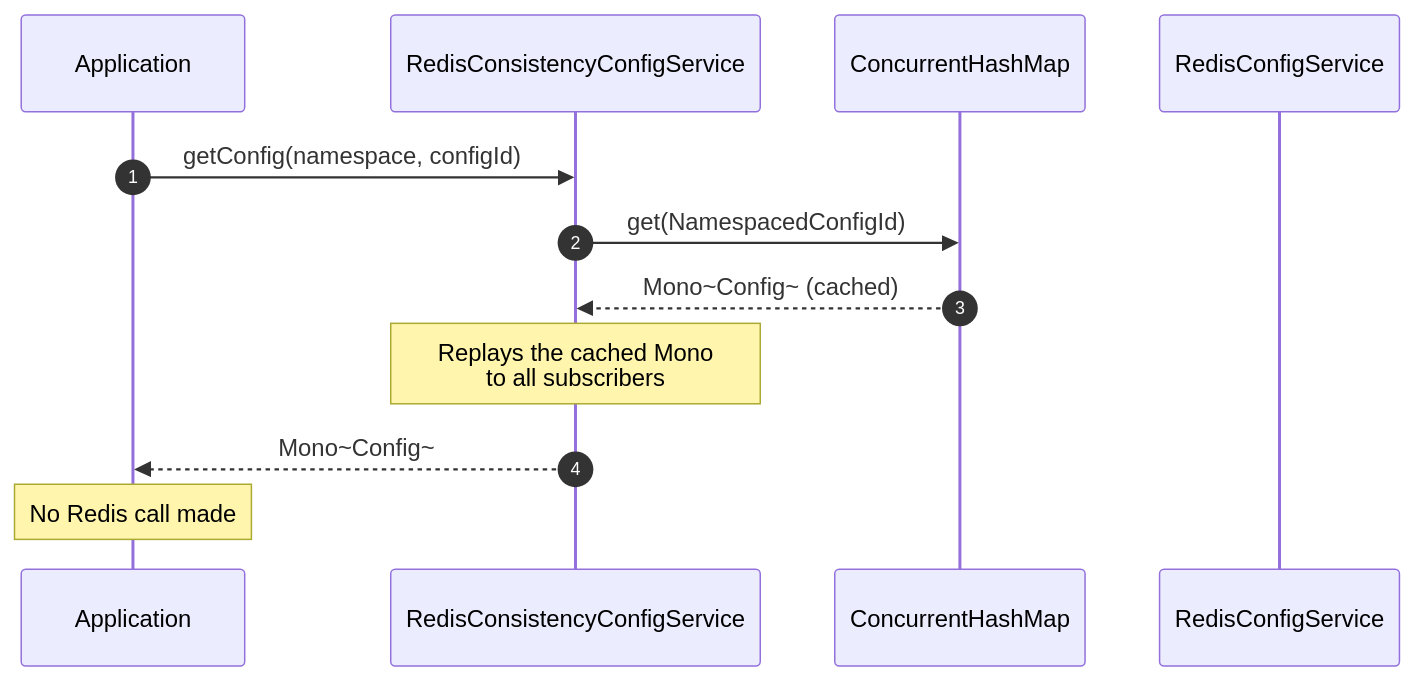
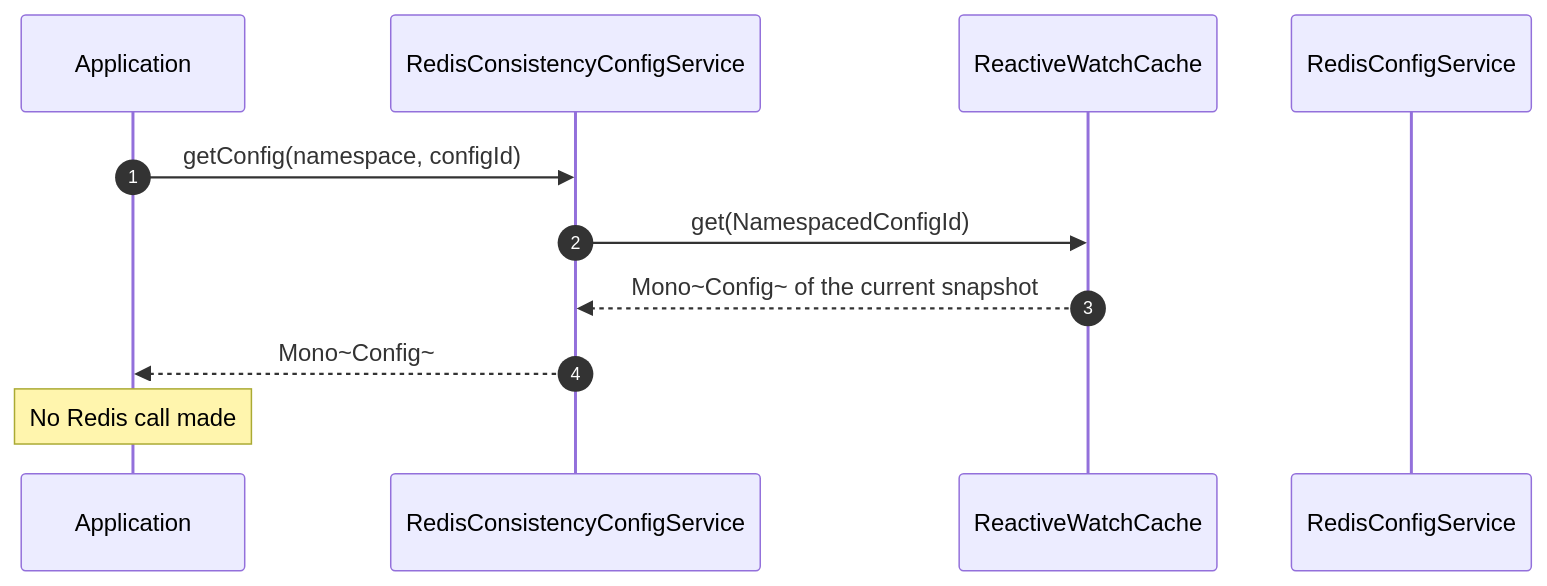
One commit to Ahoo-Wang/CoSky changed the third of 7 diagrams in wiki/guide/config-consistency.md. Above: the diagram before and after it, drawn with Mermaid. The commit also changed other lines of this file and 35 other files, not shown here.

````diff
--- a/wiki/guide/config-consistency.md
+++ b/wiki/guide/config-consistency.md
@@ -117,15 +117,14 @@
 ```mermaid
 sequenceDiagram
     autonumber
     participant App as Application
     participant RCS as RedisConsistencyConfigService
-    participant Cache as ConcurrentHashMap
+    participant Cache as ReactiveWatchCache
     participant RDS as RedisConfigService
 
     App->>RCS: getConfig(namespace, configId)
     RCS->>Cache: get(NamespacedConfigId)
-    Cache-->>RCS: Mono~Config~ (cached)
-    Note over RCS: Replays the cached Mono<br>to all subscribers
+    Cache-->>RCS: Mono~Config~ of the current snapshot
     RCS-->>App: Mono~Config~
     Note over App: No Redis call made
 ```
````
